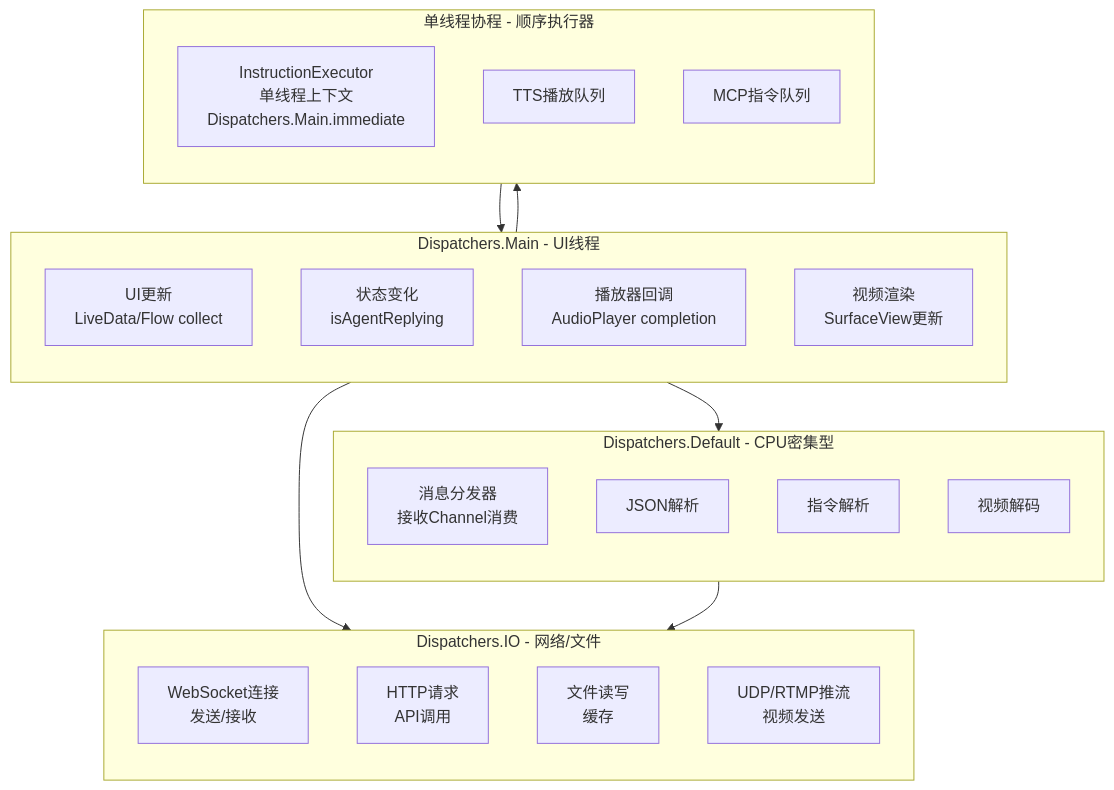
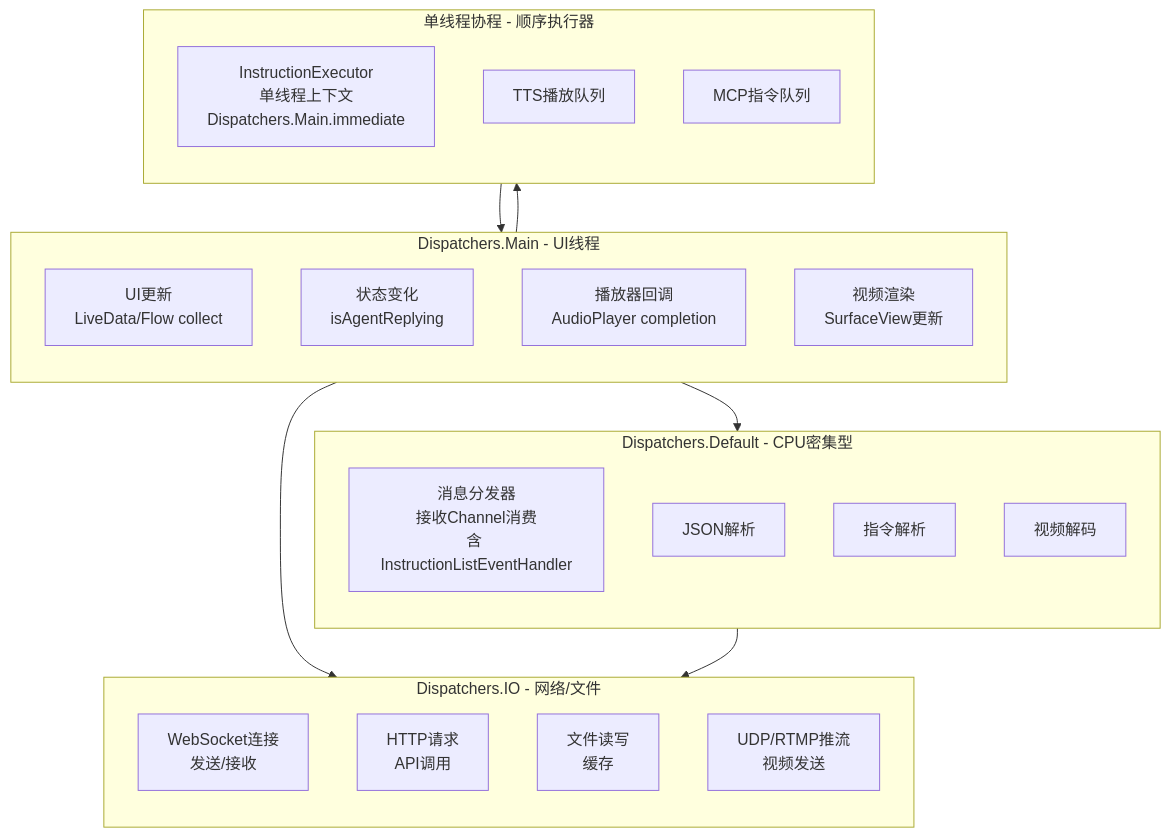
Diagram 12 of 18 in cursor/WS重构.md (nangong918/magic-vector), drawn with Mermaid before and after one commit. The commit also changed other lines of this file, not shown here.

````diff
--- a/cursor/WS重构.md
+++ b/cursor/WS重构.md
@@ -1111,39 +1210,39 @@
 ```mermaid
 flowchart TB
     subgraph Main [Dispatchers.Main - UI线程]
         direction TB
         M1[UI更新<br/>LiveData/Flow collect]
         M2[状态变化<br/>isAgentReplying]
         M3[播放器回调<br/>AudioPlayer completion]
         M4[视频渲染<br/>SurfaceView更新]
     end
 
     subgraph Default [Dispatchers.Default - CPU密集型]
         direction TB
-        D1[消息分发器<br/>接收Channel消费]
+        D1[消息分发器<br/>接收Channel消费<br/>含 InstructionListEventHandler]
         D2[JSON解析]
         D3[指令解析]
         D4[视频解码]
     end
 
     subgraph IO [Dispatchers.IO - 网络/文件]
         direction TB
         I1[WebSocket连接<br/>发送/接收]
         I2[HTTP请求<br/>API调用]
         I3[文件读写<br/>缓存]
         I4[UDP/RTMP推流<br/>视频发送]
     end
 
     subgraph Single [单线程协程 - 顺序执行器]
         direction TB
         S1[InstructionExecutor<br/>单线程上下文<br/>Dispatchers.Main.immediate]
         S2[TTS播放队列]
         S3[MCP指令队列]
     end
 
     Main --> Default
     Main --> IO
     Main --> Single
     Default --> IO
     Single --> Main
 ```
````
